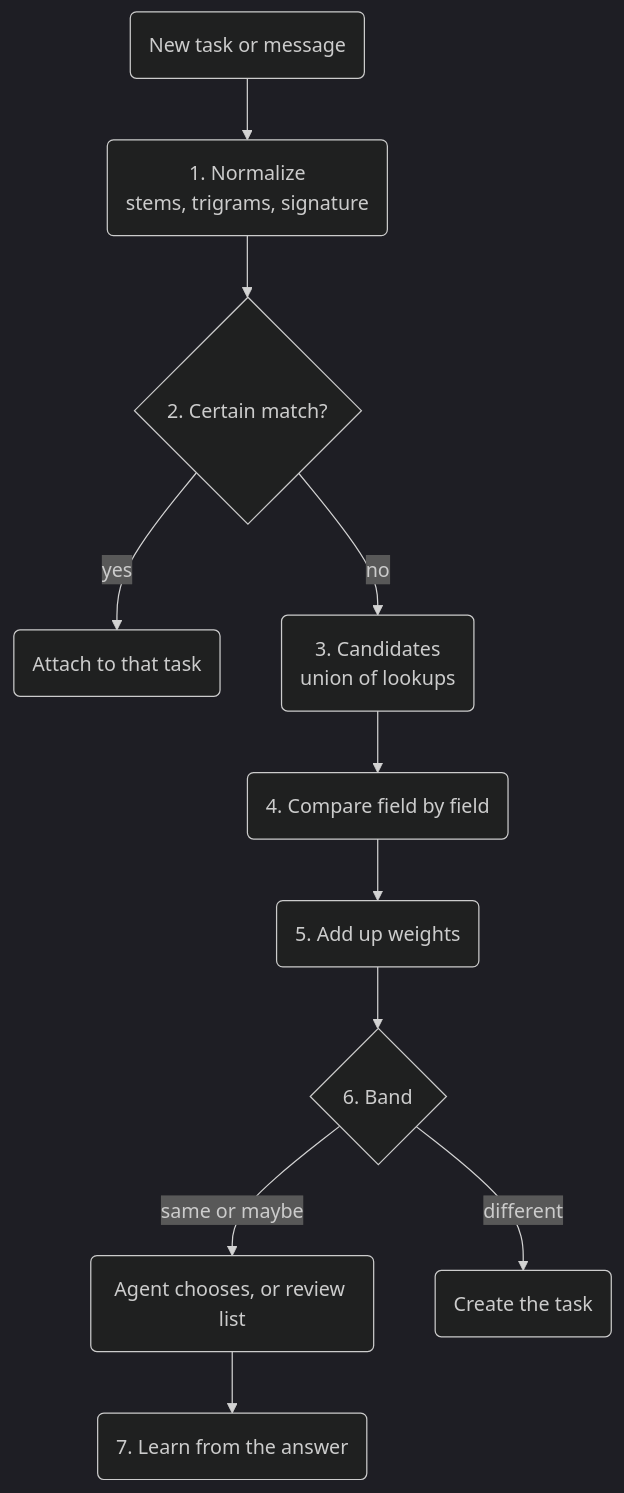
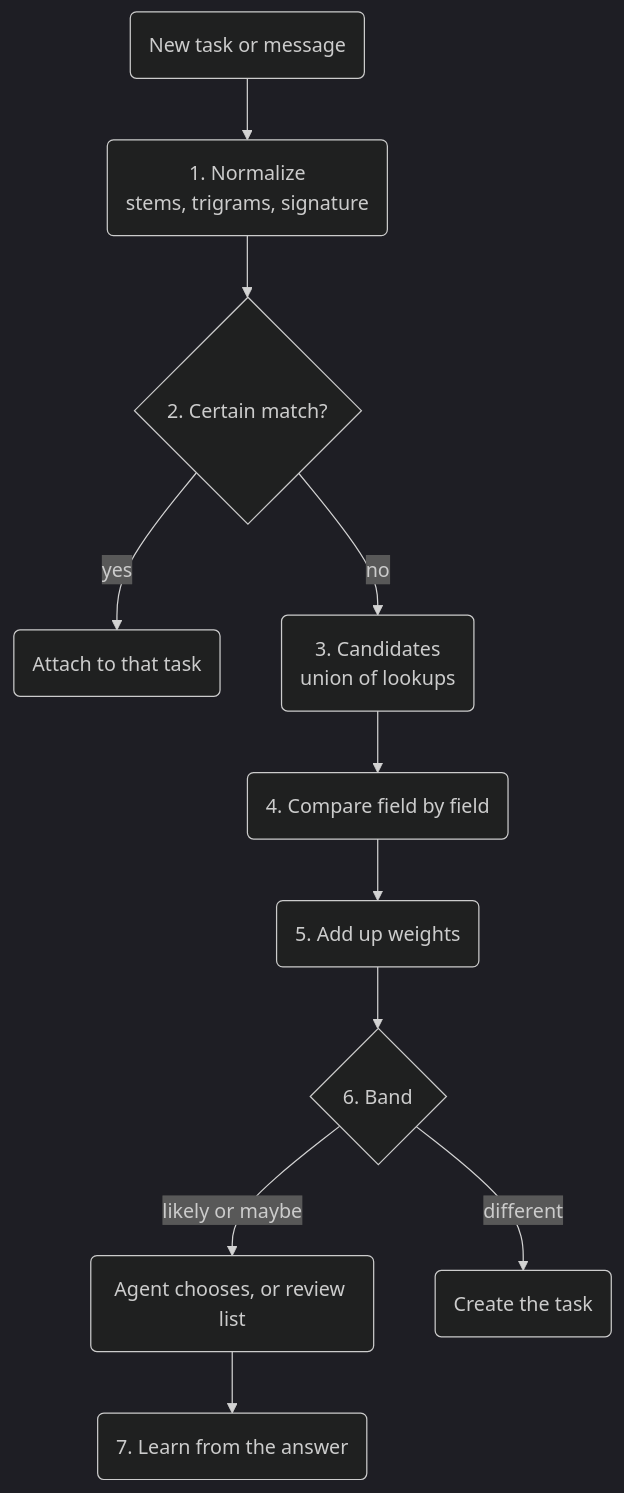
The diagram in content/docs/tasks-architecture.mdx (WireCatLabs/cli-docs), drawn with Mermaid (dark theme) before and after one commit. The commit also changed other lines of this file and 5 other files, not shown here.

````diff
--- a/content/docs/tasks-architecture.mdx
+++ b/content/docs/tasks-architecture.mdx
@@ -88,13 +88,13 @@
 ```mermaid How a new task is checked for duplicates
 graph TD
   New("New task or message") --> Norm("1. Normalize<br>stems, trigrams, signature")
   Norm --> Certain{"2. Certain match?"}
   Certain -->|"yes"| Attach("Attach to that task")
   Certain -->|"no"| Cand("3. Candidates<br>union of lookups")
   Cand --> Compare("4. Compare field by field")
   Compare --> Score("5. Add up weights")
   Score --> Decide{"6. Band"}
-  Decide -->|"same or maybe"| Ask("Agent chooses, or review list")
+  Decide -->|"likely or maybe"| Ask("Agent chooses, or review list")
   Decide -->|"different"| Create("Create the task")
   Ask --> Learn("7. Learn from the answer")
 ```
````
